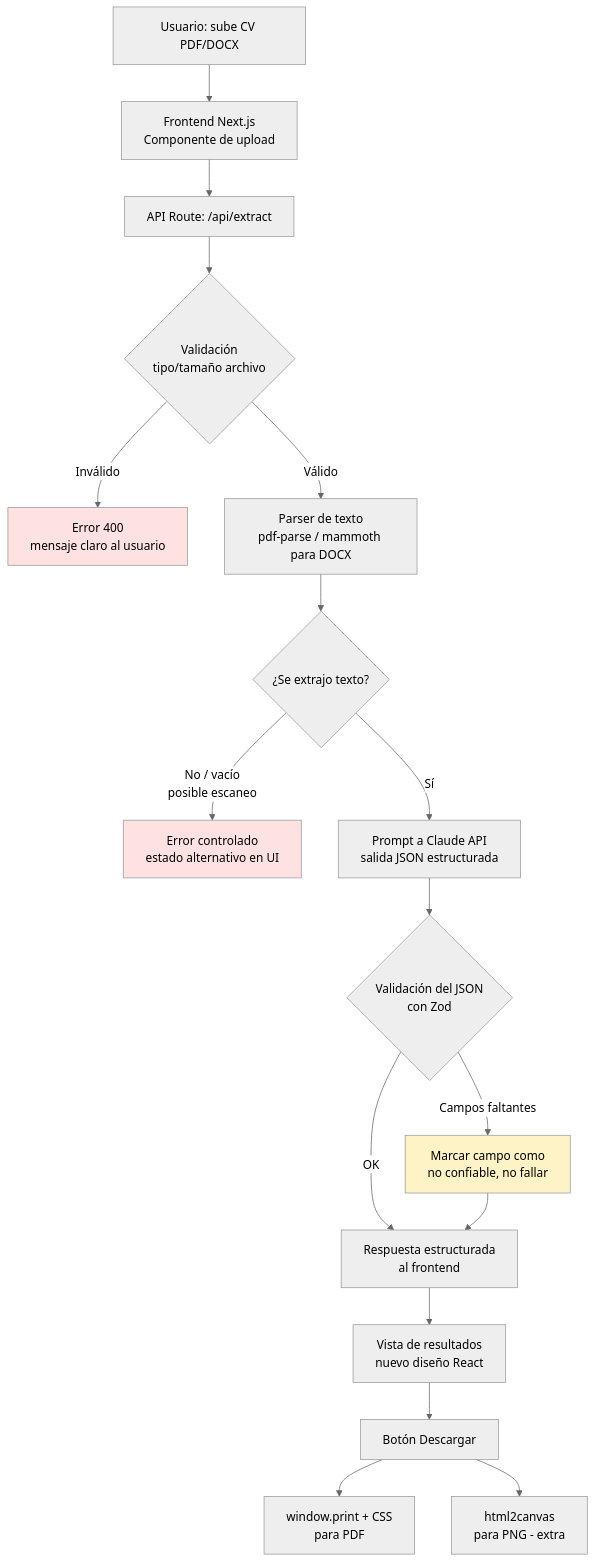
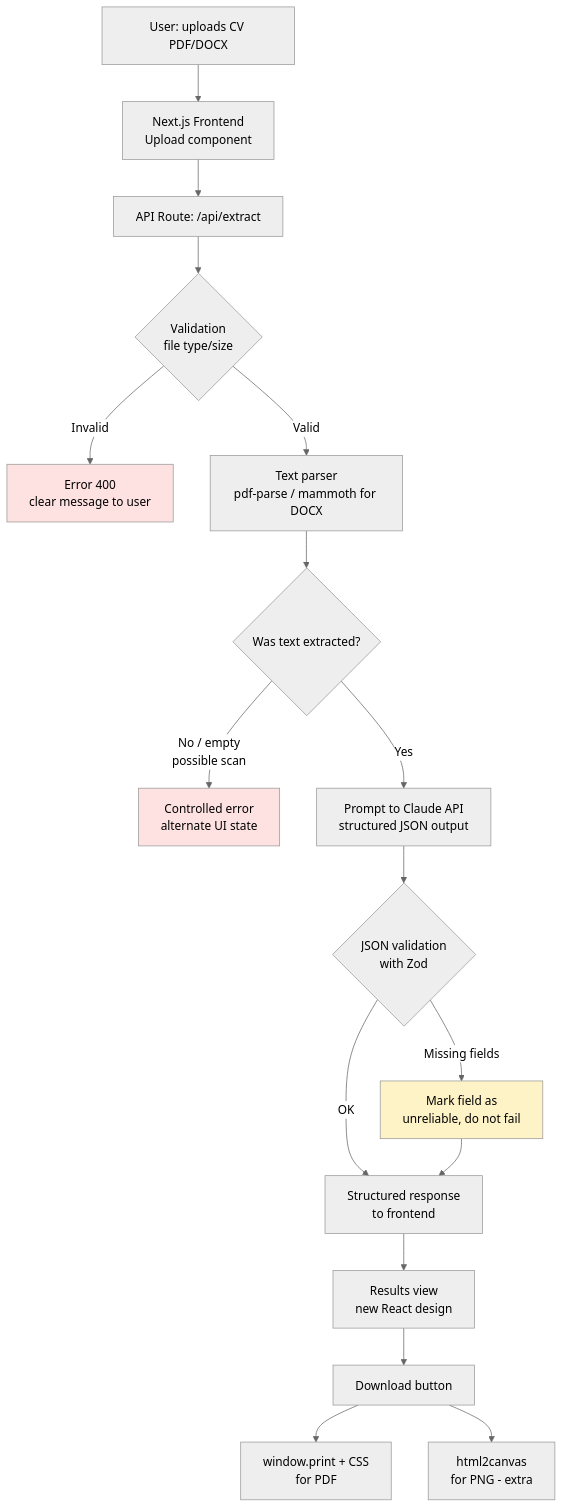
Before and after one commit to TristanMM/hatchworks-cv-analyzer: the diagram in architecture.md, drawn with Mermaid (neutral theme). The commit also changed other lines of this file and 29 other files, not shown here.

````diff
--- a/architecture.md
+++ b/architecture.md
@@ -12,23 +11,23 @@
 ```mermaid
 flowchart TD
-    A[Usuario: sube CV PDF/DOCX] --> B[Frontend Next.js<br/>Componente de upload]
+    A[User: uploads CV PDF/DOCX] --> B[Next.js Frontend<br/>Upload component]
     B --> C[API Route: /api/extract]
-    C --> D{Validación<br/>tipo/tamaño archivo}
-    D -->|Inválido| E[Error 400<br/>mensaje claro al usuario]
-    D -->|Válido| F[Parser de texto<br/>pdf-parse / mammoth para DOCX]
-    F --> G{¿Se extrajo texto?}
-    G -->|No / vacío<br/>posible escaneo| H[Error controlado<br/>estado alternativo en UI]
-    G -->|Sí| I[Prompt a Claude API<br/>salida JSON estructurada]
-    I --> J{Validación del JSON<br/>con Zod}
-    J -->|Campos faltantes| K[Marcar campo como<br/>no confiable, no fallar]
-    J -->|OK| L[Respuesta estructurada<br/>al frontend]
+    C --> D{Validation<br/>file type/size}
+    D -->|Invalid| E[Error 400<br/>clear message to user]
+    D -->|Valid| F[Text parser<br/>pdf-parse / mammoth for DOCX]
+    F --> G{Was text extracted?}
+    G -->|No / empty<br/>possible scan| H[Controlled error<br/>alternate UI state]
+    G -->|Yes| I[Prompt to Claude API<br/>structured JSON output]
+    I --> J{JSON validation<br/>with Zod}
+    J -->|Missing fields| K[Mark field as<br/>unreliable, do not fail]
+    J -->|OK| L[Structured response<br/>to frontend]
     K --> L
-    L --> M[Vista de resultados<br/>nuevo diseño React]
-    M --> N[Botón Descargar]
-    N --> O[window.print + CSS<br/>para PDF]
-    N --> P[html2canvas<br/>para PNG - extra]
+    L --> M[Results view<br/>new React design]
+    M --> N[Download button]
+    N --> O[window.print + CSS<br/>for PDF]
+    N --> P[html2canvas<br/>for PNG - extra]
 
     style E fill:#fee2e2
     style H fill:#fee2e2
     style K fill:#fef3c7
 ```
````
